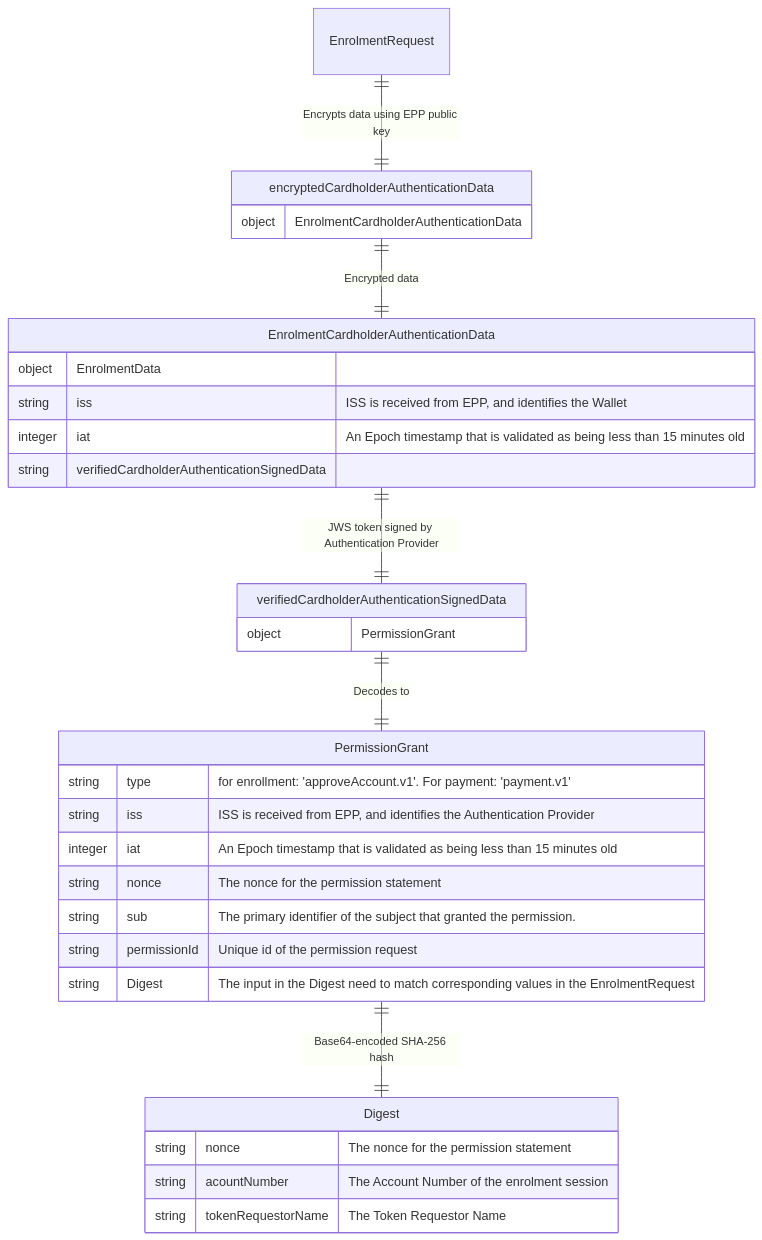
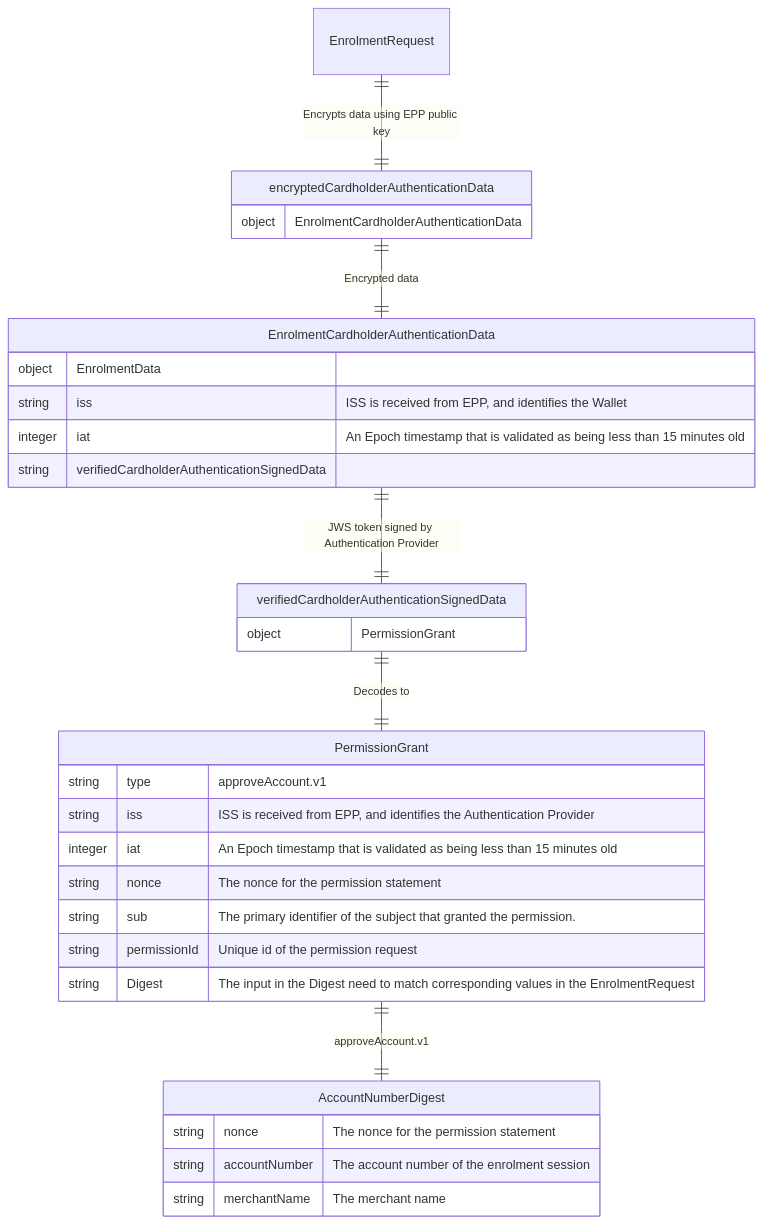
One commit to BankAxept/bankaxept-epayment-development-kit changed the fourth of 8 diagrams in docs/authentication_interoperability.md. Above: the diagram before and after it, drawn with Mermaid. The commit also changed other lines of this file and 7 other files, not shown here.

Commit message:
feat(enrolment): add support for network token enrolment (#320)

````diff
--- a/docs/authentication_interoperability.md
+++ b/docs/authentication_interoperability.md
@@ -152,48 +164,48 @@
 ```mermaid
 %%{init: {
   "theme": "default",
   "themeCSS": [
     ".er.relationshipLabel { fill: black; }", 
     ".er.relationshipLabelBox { fill: white; }", 
     ".er.entityBox { fill: lightgray; }",
     "[id^=entity-EnrolmentRequest] .er.entityBox { fill: lightgreen;} ",
     "[id^=entity-encryptedEnrolmentCardholderAuthenticationData] .er.entityBox { fill: lightgreen;} ",
     "[id^=entity-EnrolmentCardholderAuthenticationData] .er.entityBox { fill: lightgreen;} ",
     "[id^=entity-verifiedCardholderAuthenticationSignedData] .er.entityBox { fill: powderblue;} ",
     "[id^=entity-PermissionGrant] .er.entityBox { fill: powderblue;} ",
     "[id^=entity-Digest] .er.entityBox { fill: powderblue;} "
     ]
 }}%%
 erDiagram
     EnrolmentRequest ||--|| encryptedCardholderAuthenticationData: "Encrypts data using EPP public key"
     encryptedCardholderAuthenticationData {
         object EnrolmentCardholderAuthenticationData
     }
     encryptedCardholderAuthenticationData ||--|| EnrolmentCardholderAuthenticationData: "Encrypted data"
     EnrolmentCardholderAuthenticationData ||--|| verifiedCardholderAuthenticationSignedData: "JWS token signed by Authentication Provider"
     EnrolmentCardholderAuthenticationData {
         object EnrolmentData
         string iss "ISS is received from EPP, and identifies the Wallet"
         integer iat "An Epoch timestamp that is validated as being less than 15 minutes old"
         string verifiedCardholderAuthenticationSignedData
     }
     verifiedCardholderAuthenticationSignedData {
         object PermissionGrant
     }
     verifiedCardholderAuthenticationSignedData ||--|| PermissionGrant: "Decodes to"
-    PermissionGrant ||--|| Digest: "Base64-encoded SHA-256 hash"
+    PermissionGrant ||--|| AccountNumberDigest: "approveAccount.v1"
     PermissionGrant {
-        string type "for enrollment: 'approveAccount.v1'. For payment: 'payment.v1'"
+        string type "approveAccount.v1"
         string iss "ISS is received from EPP, and identifies the Authentication Provider"
         integer iat "An Epoch timestamp that is validated as being less than 15 minutes old"
         string nonce "The nonce for the permission statement"
         string sub "The primary identifier of the subject that granted the permission."
         string permissionId "Unique id of the permission request"
         string Digest "The input in the Digest need to match corresponding values in the EnrolmentRequest"
     }
-    Digest {
+    AccountNumberDigest {
         string nonce "The nonce for the permission statement"
-        string acountNumber "The Account Number of the enrolment session"
-        string tokenRequestorName "The Token Requestor Name"
+        string accountNumber "The account number of the enrolment session"
+        string merchantName "The merchant name"
     }
 ```
````
